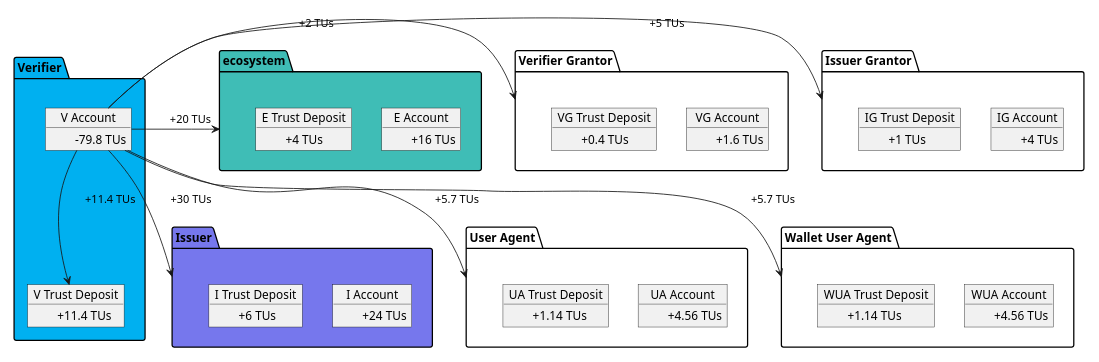
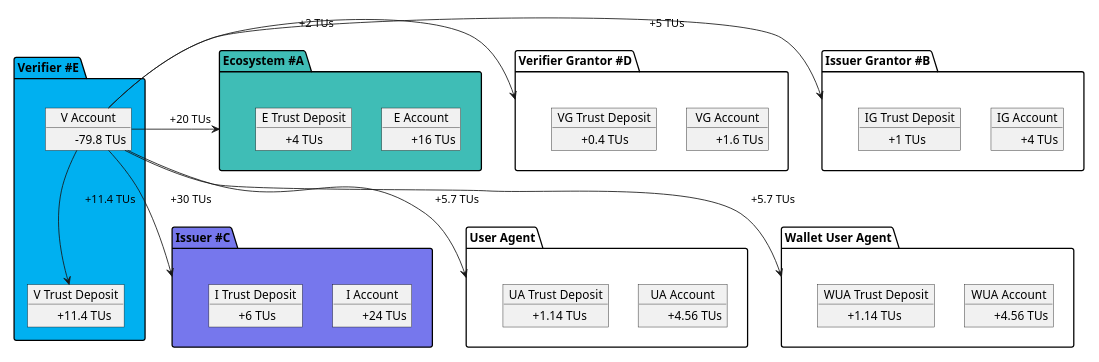
Before and after one commit to verana-labs/verifiable-trust-vpr-spec: diagram 11 of 19 in spec.md, drawn with PlantUML. The commit also changed other lines of this file and 1 other file, not shown here.

```diff
--- a/spec.md
+++ b/spec.md
@@ -844,7 +844,7 @@
 scale max 800 width
  
 
-package "ecosystem" as tr #3fbdb6 {
+package "Ecosystem #A" as tr #3fbdb6 {
     object "E Account" as tra {
          \t+16 TUs
     }
@@ -853,7 +853,7 @@
     }
 }
 
-package "Issuer Grantor" as ig {
+package "Issuer Grantor #B" as ig {
     object "IG Account" as iga {
         \t+4 TUs
     }
@@ -861,7 +861,7 @@
         \t+1 TUs
     }
 }
-package "Issuer" as issuer #7677ed {
+package "Issuer #C" as issuer #7677ed {
     object "I Account" as issuera {
          \t+24 TUs
     }
@@ -870,7 +870,7 @@
     }
 
 }
-package "Verifier Grantor" as vg {
+package "Verifier Grantor #D" as vg {
     object "VG Account" as vga {
         \t+1.6 TUs
     }
@@ -879,7 +879,7 @@
     }
 
 }
-package "Verifier" as verifier #00b0f0 {
+package "Verifier #E" as verifier #00b0f0 {
     object "V Account" as verifiera {
         \t-79.8 TUs
     }
@@ -908,8 +908,6 @@
 }
 
 
-
-
 verifiera -r-> tr: \t+20 TUs
 
 verifiera -r-> vg: \t+2 TUs
```
